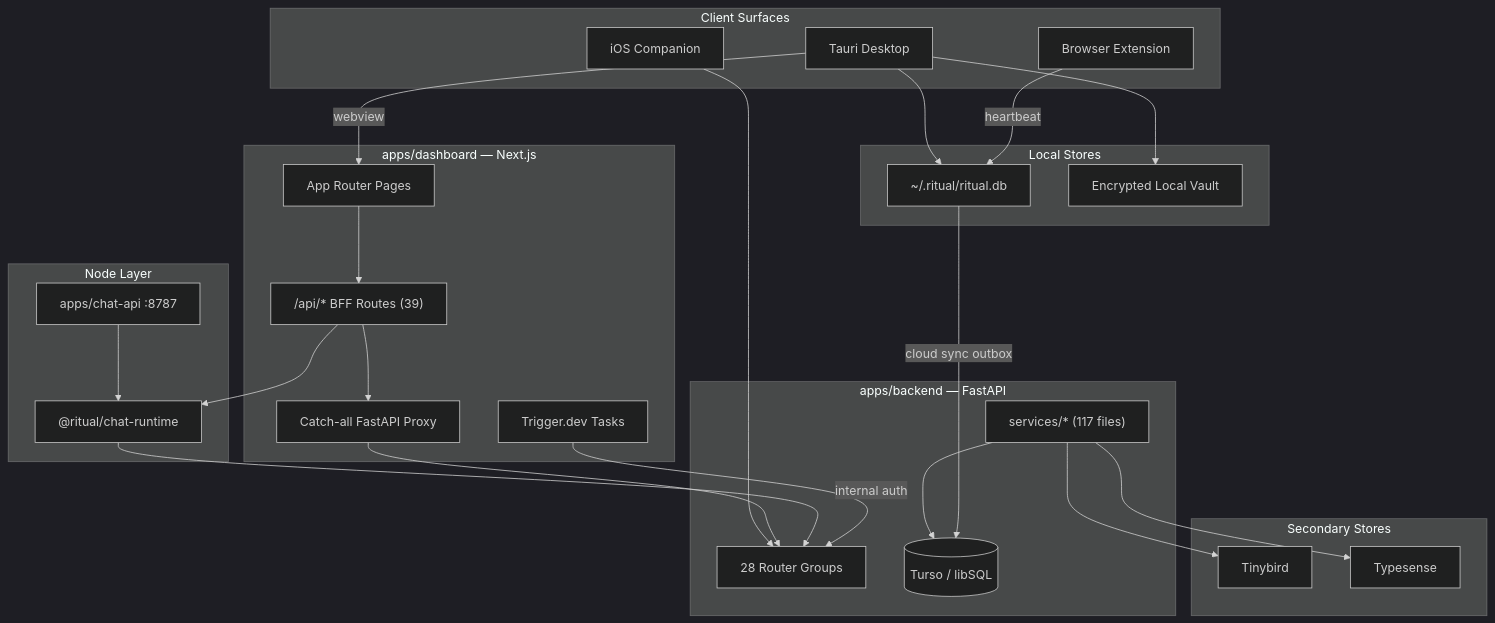
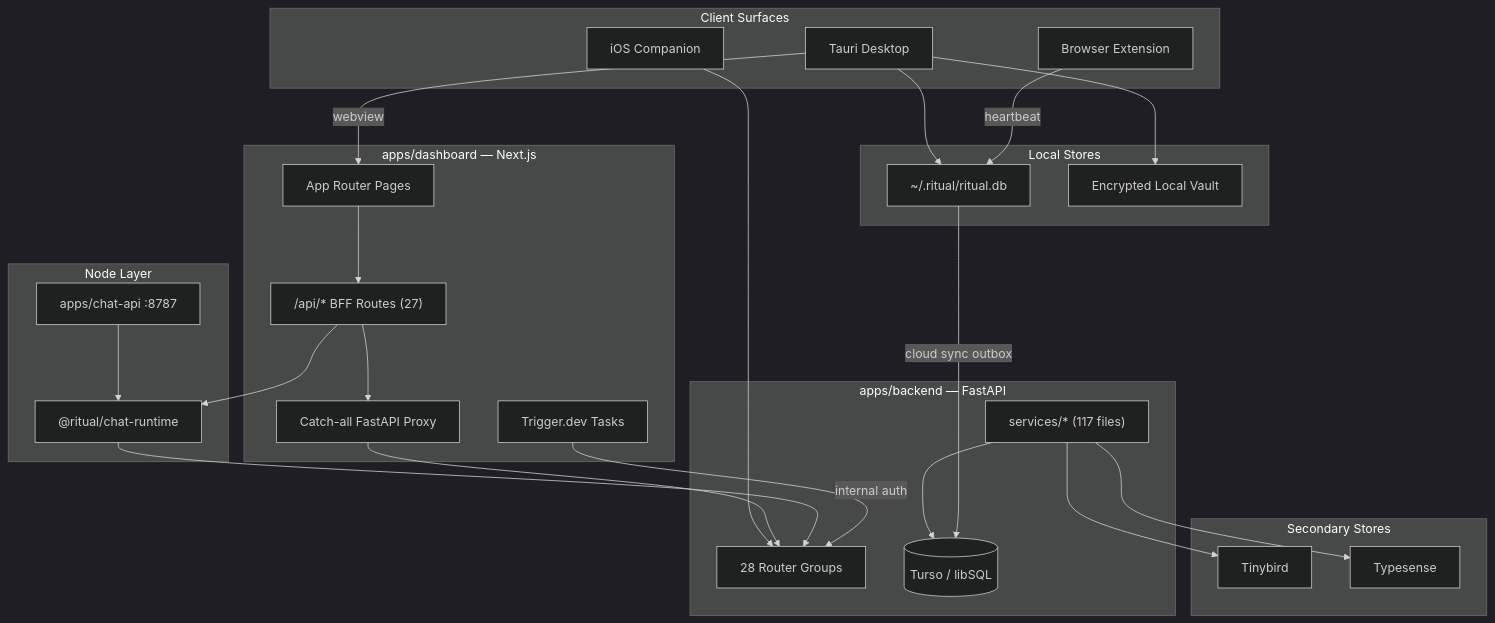
One commit to NickGardner0/ritual-desktop-main changed the diagram in docs/architecture/current-architecture.md. Above: the diagram before and after it, drawn with Mermaid (dark theme). The commit also changed other lines of this file and 18 other files, not shown here.

````diff
--- a/docs/architecture/current-architecture.md
+++ b/docs/architecture/current-architecture.md
@@ -116,53 +116,53 @@
 ```mermaid
 flowchart TB
   subgraph clients [Client Surfaces]
     Desktop[Tauri Desktop]
     iOS[iOS Companion]
     Ext[Browser Extension]
   end
 
   subgraph dashboard [apps/dashboard — Next.js]
     UI[App Router Pages]
-    BFF["/api/* BFF Routes (39)"]
+    BFF["/api/* BFF Routes (27)"]
     CatchAll["Catch-all FastAPI Proxy"]
     Trigger[Trigger.dev Tasks]
   end
 
   subgraph node [Node Layer]
     ChatRT["@ritual/chat-runtime"]
     ChatAPI["apps/chat-api :8787"]
   end
 
   subgraph backend [apps/backend — FastAPI]
     Routers[28 Router Groups]
     Services["services/* (117 files)"]
     DB[(Turso / libSQL)]
   end
 
   subgraph local [Local Stores]
     RitualDB["~/.ritual/ritual.db"]
     Vault[Encrypted Local Vault]
   end
 
   subgraph secondary [Secondary Stores]
     TB[Tinybird]
     TS[Typesense]
   end
 
   Desktop -->|webview| UI
   Desktop --> RitualDB
   Desktop --> Vault
   Ext -->|heartbeat| RitualDB
   iOS --> Routers
   UI --> BFF
   BFF --> CatchAll
   CatchAll --> Routers
   BFF --> ChatRT
   ChatAPI --> ChatRT
   ChatRT --> Routers
   Trigger -->|internal auth| Routers
   Services --> DB
   Services --> TB
   Services --> TS
   RitualDB -->|cloud sync outbox| DB
 ```
````
